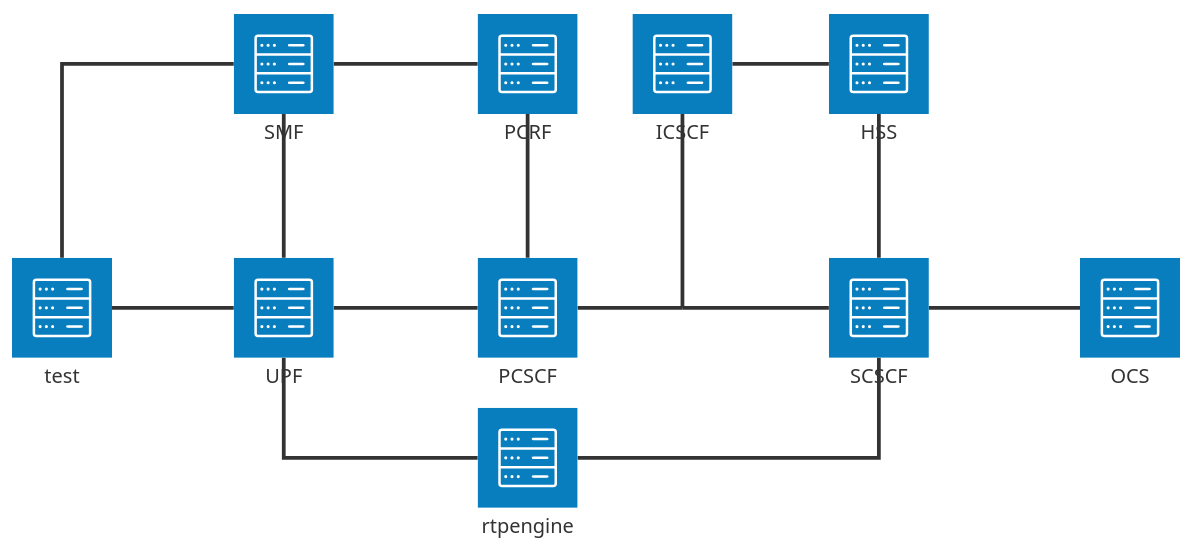
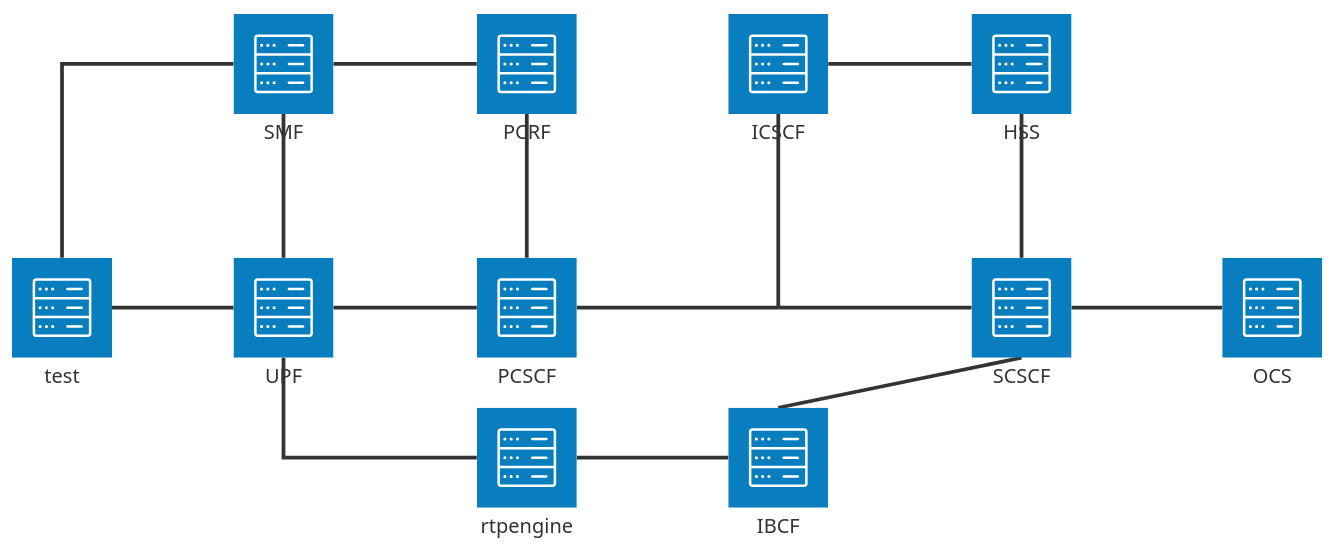
Before and after one commit to lyatanski/ims: the diagram in README.md, drawn with Mermaid. The commit also changed other lines of this file and 55 other files, not shown here.

````diff
--- a/README.md
+++ b/README.md
@@ -4,33 +4,35 @@
 ```mermaid
 ---
 title: Architecture
 ---
 architecture-beta
 
     service test(server)[test]
     service smf(server)[SMF]
     service upf(server)[UPF]
     service hss(server)[HSS]
     service pcrf(server)[PCRF]
     service pcscf(server)[PCSCF]
     service icscf(server)[ICSCF]
     service scscf(server)[SCSCF]
+    service ibcf(server)[IBCF]
     service rtp(server)[rtpengine]
     service ocs(server)[OCS]
     junction Mw
 
     test:T -- L:smf
     test:R -- L:upf
     smf:B -- T:upf
     smf:R -- L:pcrf
     pcrf:B -- T:pcscf
     upf:R -- L:pcscf
     upf:B -- L:rtp
     icscf:R -- L:hss
     scscf:T -- B:hss
     scscf:R -- L:ocs
     pcscf:R -- L:Mw
     icscf:B -- T:Mw
     scscf:L -- R:Mw
-    scscf:B -- R:rtp
+    scscf:B -- T:ibcf
+    ibcf:L -- R:rtp
 ```
````
